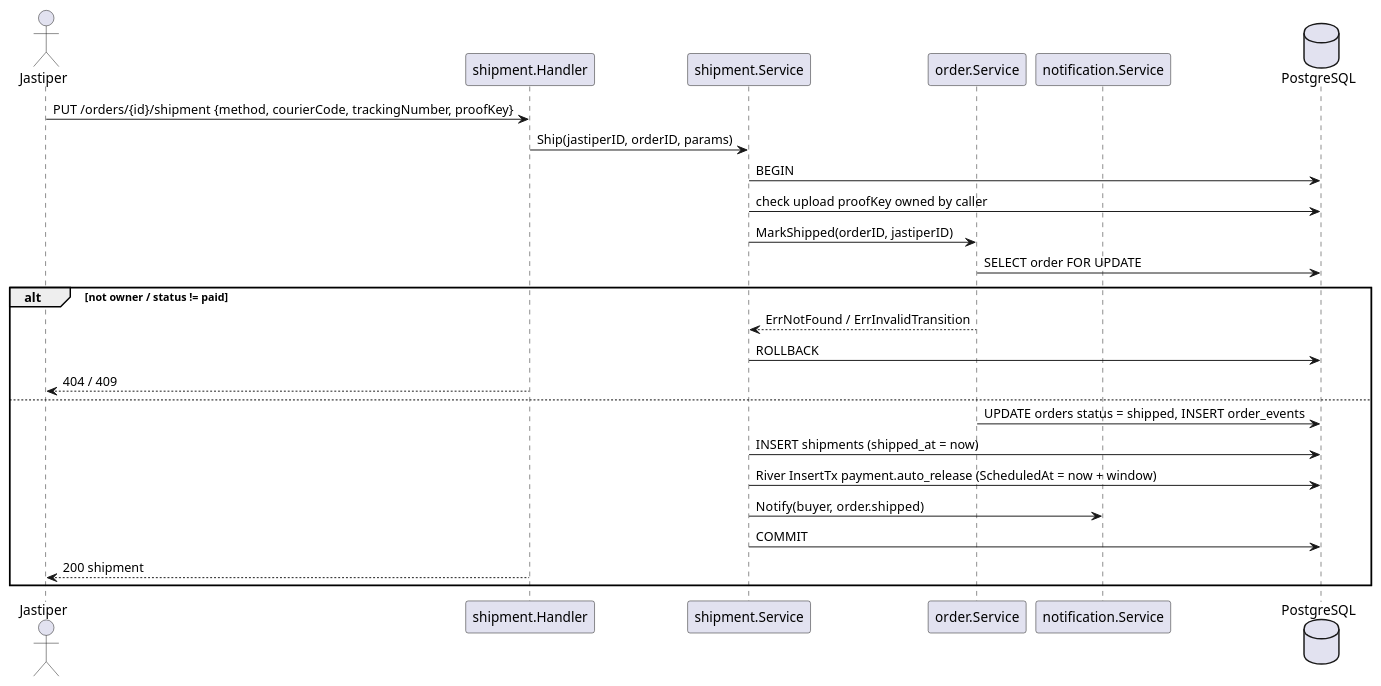
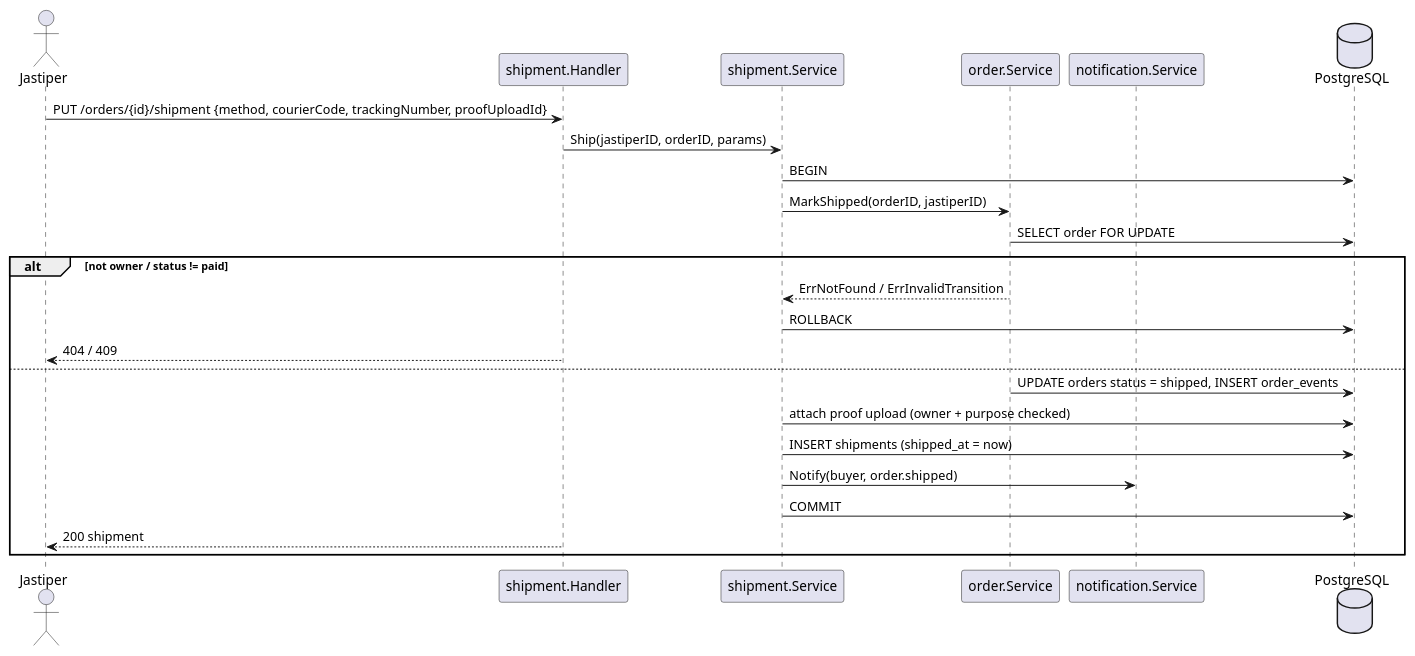
The second of 3 diagrams in docs/features/shipment.md (Titip-Dong/titipdong-be), drawn with PlantUML before and after one commit. The commit also changed other lines of this file and 11 other files, not shown here.

````diff
--- a/docs/features/shipment.md
+++ b/docs/features/shipment.md
@@ -107,29 +107,28 @@
 ```plantuml
 @startuml
 actor Jastiper
 participant "shipment.Handler" as H
 participant "shipment.Service" as S
 participant "order.Service" as O
 participant "notification.Service" as N
 database PostgreSQL as DB
 
-Jastiper -> H : PUT /orders/{id}/shipment {method, courierCode, trackingNumber, proofKey}
+Jastiper -> H : PUT /orders/{id}/shipment {method, courierCode, trackingNumber, proofUploadId}
 H -> S : Ship(jastiperID, orderID, params)
 S -> DB : BEGIN
-S -> DB : check upload proofKey owned by caller
 S -> O : MarkShipped(orderID, jastiperID)
 O -> DB : SELECT order FOR UPDATE
 alt not owner / status != paid
   O --> S : ErrNotFound / ErrInvalidTransition
   S -> DB : ROLLBACK
   H --> Jastiper : 404 / 409
 else
   O -> DB : UPDATE orders status = shipped, INSERT order_events
+  S -> DB : attach proof upload (owner + purpose checked)
   S -> DB : INSERT shipments (shipped_at = now)
-  S -> DB : River InsertTx payment.auto_release (ScheduledAt = now + window)
   S -> N : Notify(buyer, order.shipped)
   S -> DB : COMMIT
   H --> Jastiper : 200 shipment
 end
 @enduml
 ```
````
